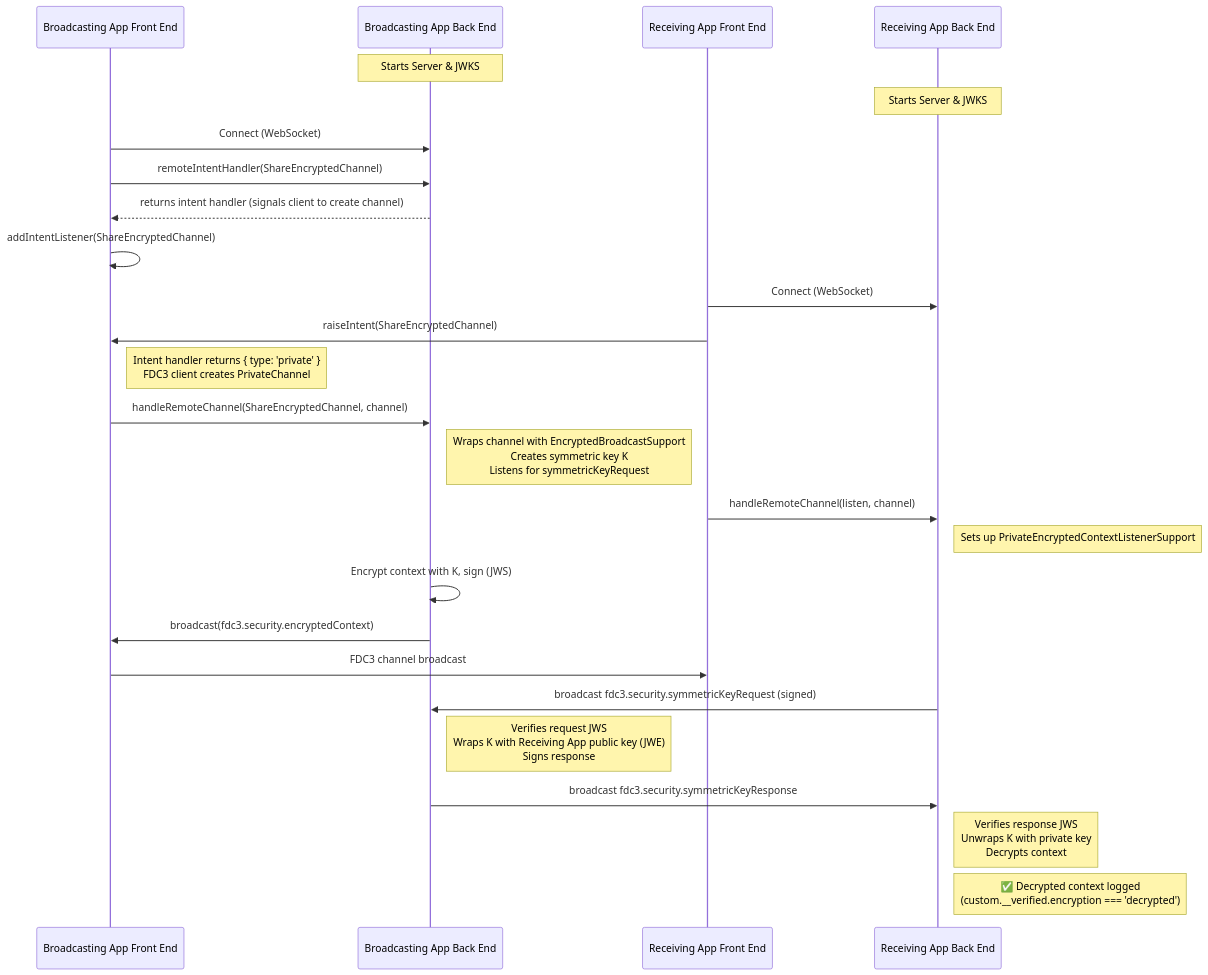
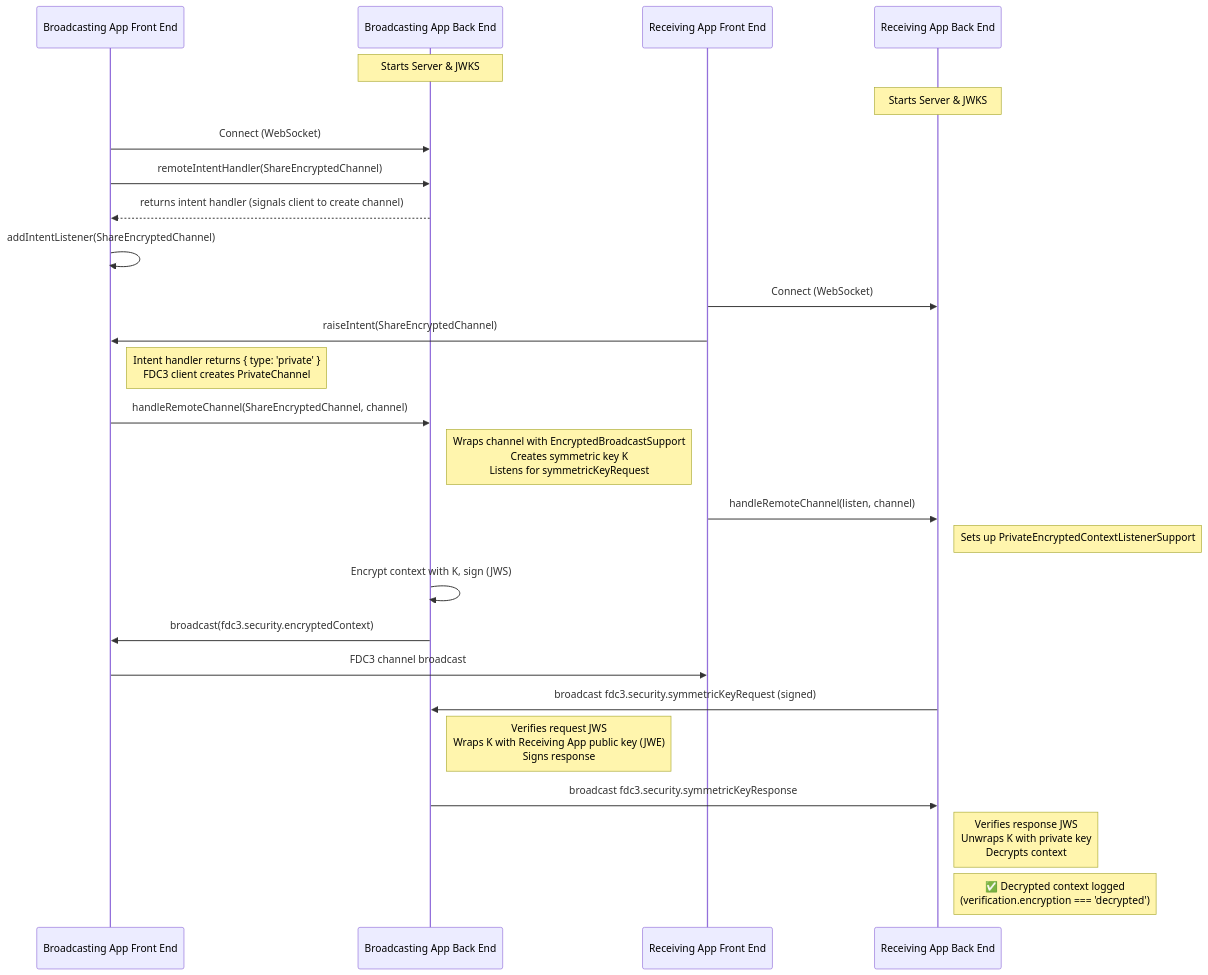
One commit to finos/FDC3 changed the first of 5 diagrams in packages/fdc3-security/samples/README.md. Above: the diagram before and after it, drawn with Mermaid. The commit also changed other lines of this file and 21 other files, not shown here.

Commit message:
Improving reader comprehension by changing VerifiedContextMetadata to ContextVerificationMetadata and adding documentation throughout fdc3-security

````diff
--- a/packages/fdc3-security/samples/README.md
+++ b/packages/fdc3-security/samples/README.md
@@ -34,35 +34,35 @@
 ```mermaid
 sequenceDiagram
     participant BFE as Broadcasting App Front End
     participant BBE as Broadcasting App Back End
     participant RFE as Receiving App Front End
     participant RBE as Receiving App Back End
 
     Note over BBE: Starts Server & JWKS
     Note over RBE: Starts Server & JWKS
 
     BFE->>BBE: Connect (WebSocket)
     BFE->>BBE: remoteIntentHandler(ShareEncryptedChannel)
     BBE-->>BFE: returns intent handler (signals client to create channel)
     BFE->>BFE: addIntentListener(ShareEncryptedChannel)
 
     RFE->>RBE: Connect (WebSocket)
     RFE->>BFE: raiseIntent(ShareEncryptedChannel)
     Note right of BFE: Intent handler returns { type: 'private' }<br/>FDC3 client creates PrivateChannel
 
     BFE->>BBE: handleRemoteChannel(ShareEncryptedChannel, channel)
     Note right of BBE: Wraps channel with EncryptedBroadcastSupport<br/>Creates symmetric key K<br/>Listens for symmetricKeyRequest
 
     RFE->>RBE: handleRemoteChannel(listen, channel)
     Note right of RBE: Sets up PrivateEncryptedContextListenerSupport
 
     BBE->>BBE: Encrypt context with K, sign (JWS)
     BBE->>BFE: broadcast(fdc3.security.encryptedContext)
     BFE->>RFE: FDC3 channel broadcast
 
     RBE->>BBE: broadcast fdc3.security.symmetricKeyRequest (signed)
     Note right of BBE: Verifies request JWS<br/>Wraps K with Receiving App public key (JWE)<br/>Signs response
     BBE->>RBE: broadcast fdc3.security.symmetricKeyResponse
     Note right of RBE: Verifies response JWS<br/>Unwraps K with private key<br/>Decrypts context
-    Note right of RBE: ✅ Decrypted context logged<br/>(custom.__verified.encryption === 'decrypted')
+    Note right of RBE: ✅ Decrypted context logged<br/>(verification.encryption === 'decrypted')
 ```
````
